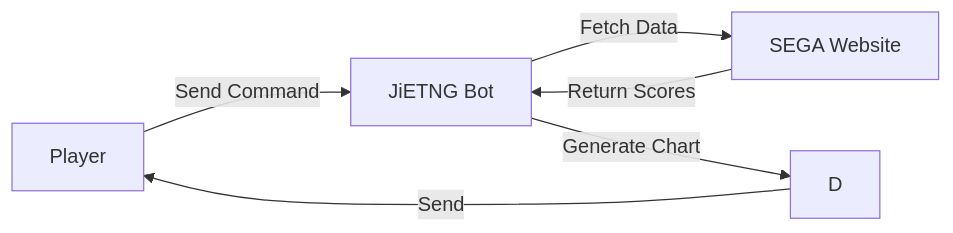
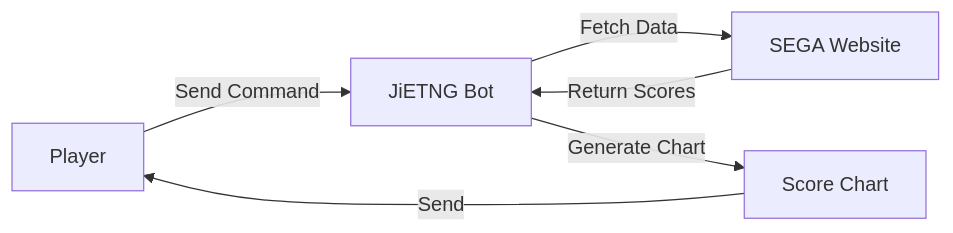
Before and after one commit to Matsuk1/JiETNG-maimai-dx-bot: the diagram in docs/en/guide/introduction.md, drawn with Mermaid. The commit also changed 4 other files, not shown here.

````diff
--- a/docs/en/guide/introduction.md
+++ b/docs/en/guide/introduction.md
@@ -61,8 +61,8 @@
 ```mermaid
 graph LR
     A[Player] -->|Send Command| B[JiETNG Bot]
     B -->|Fetch Data| C[SEGA Website]
     C -->|Return Scores| B
-    B -->|Generate Chart| D
+    B -->|Generate Chart| D[Score Chart]
     D -->|Send| A
 ```
````
